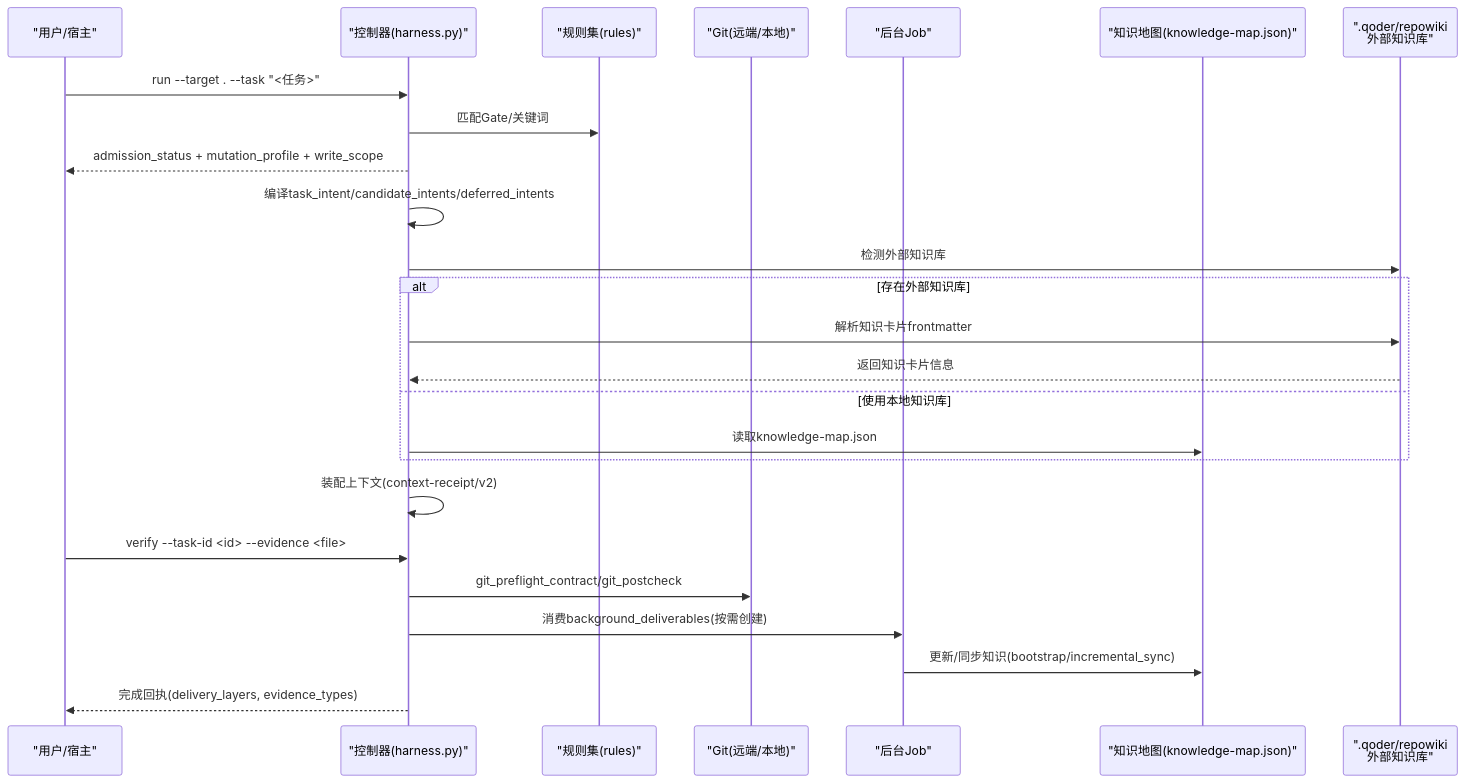
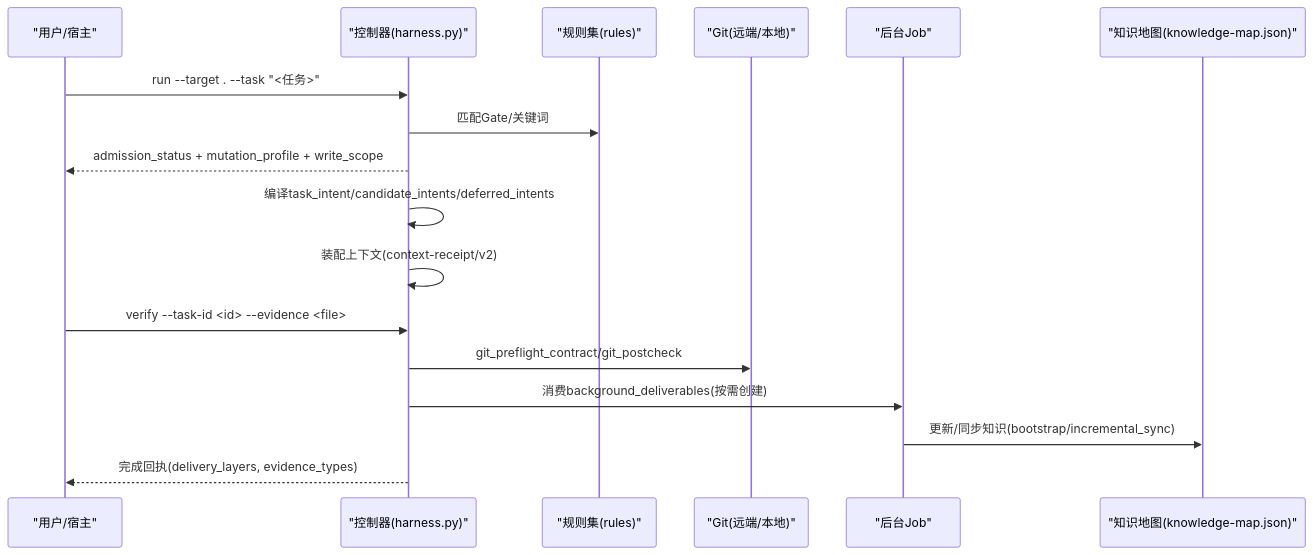
One commit to HackSing/docs-harness changed the second of 7 diagrams in .qoder/repowiki/zh/content/知识管理/知识管理.md. Above: the diagram before and after it, drawn with Mermaid. The commit also changed other lines of this file and 40 other files, not shown here.

````diff
--- a/.qoder/repowiki/zh/content/知识管理/知识管理.md
+++ b/.qoder/repowiki/zh/content/知识管理/知识管理.md
@@ -89,27 +81,19 @@
 ```mermaid
 sequenceDiagram
 participant U as "用户/宿主"
 participant CLI as "控制器(harness.py)"
 participant RULE as "规则集(rules)"
 participant GIT as "Git(远端/本地)"
 participant JOB as "后台Job"
 participant KMAP as "知识地图(knowledge-map.json)"
-participant REPOWIKI as ".qoder/repowiki<br/>外部知识库"
 U->>CLI : run --target . --task "<任务>"
 CLI->>RULE : 匹配Gate/关键词
 CLI-->>U : admission_status + mutation_profile + write_scope
 CLI->>CLI : 编译task_intent/candidate_intents/deferred_intents
-CLI->>REPOWIKI : 检测外部知识库
-alt 存在外部知识库
-CLI->>REPOWIKI : 解析知识卡片frontmatter
-REPOWIKI-->>CLI : 返回知识卡片信息
-else 使用本地知识库
-CLI->>KMAP : 读取knowledge-map.json
-end
 CLI->>CLI : 装配上下文(context-receipt/v2)
 U->>CLI : verify --task-id <id> --evidence <file>
 CLI->>GIT : git_preflight_contract/git_postcheck
 CLI->>JOB : 消费background_deliverables(按需创建)
 JOB->>KMAP : 更新/同步知识(bootstrap/incremental_sync)
 CLI-->>U : 完成回执(delivery_layers, evidence_types)
 ```
````
